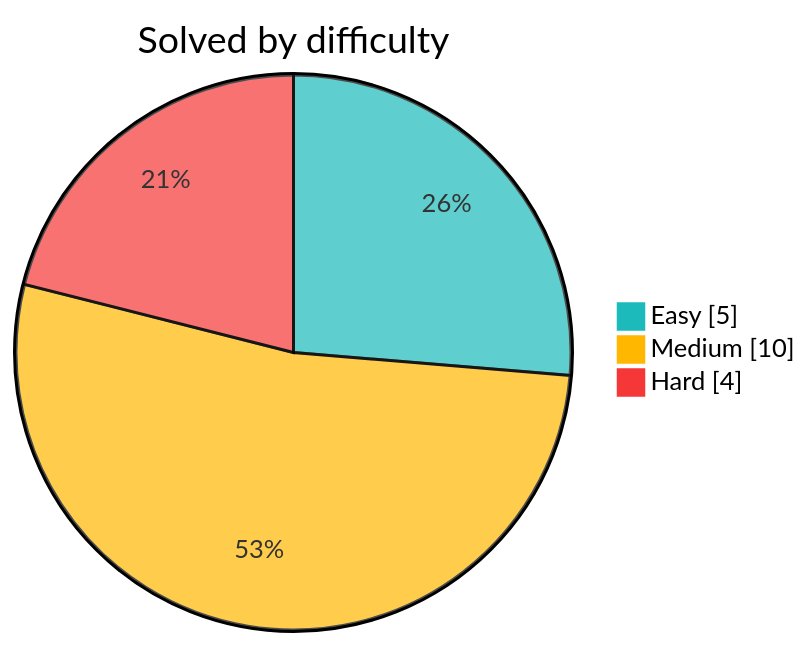
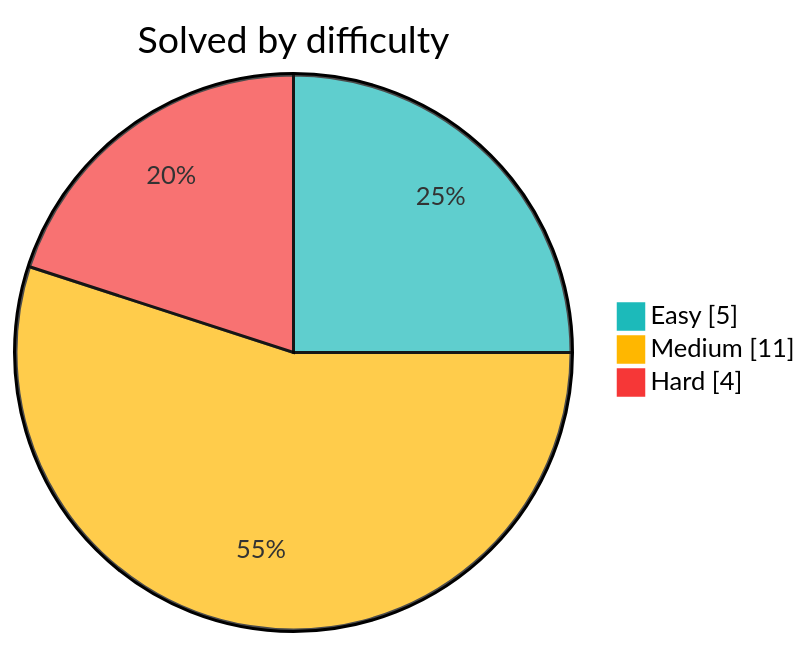
One commit to Sekler09/algorithms changed the diagram in README.md. Above: the diagram before and after it, drawn with Mermaid. The commit also changed other lines of this file and 3 other files, not shown here.

````diff
--- a/README.md
+++ b/README.md
@@ -9,8 +9,8 @@
 ```mermaid
 %%{init: {"themeVariables": {"pie1": "#1cbaba", "pie2": "#ffb700", "pie3": "#f63737"}}}%%
 pie showData
     title Solved by difficulty
     "Easy" : 5
-    "Medium" : 10
+    "Medium" : 11
     "Hard" : 4
 ```
````
